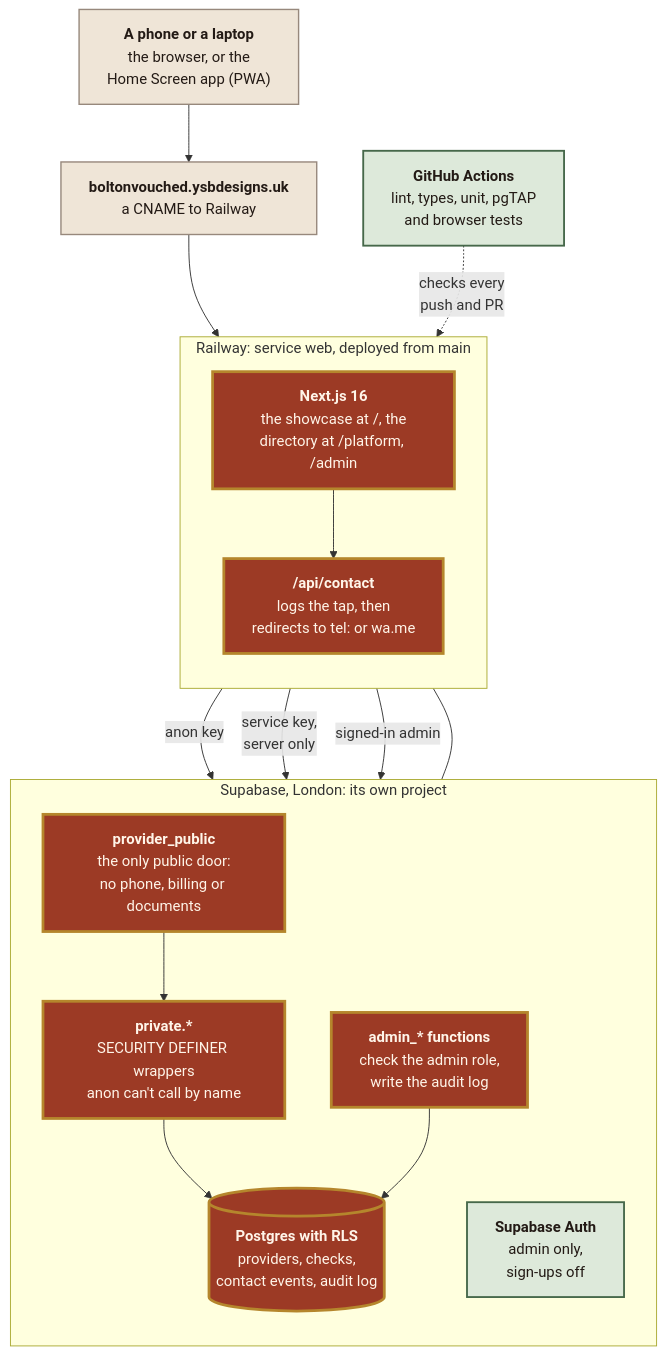
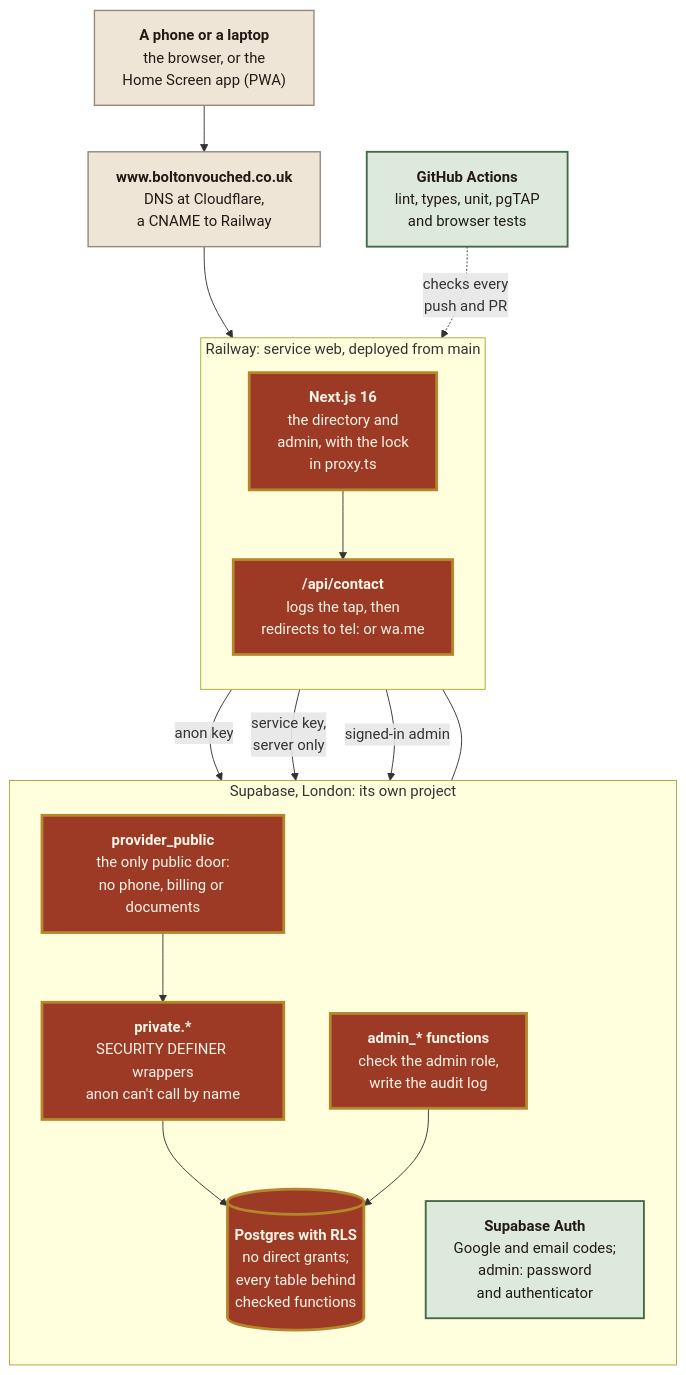
Before and after one commit to yameenbux/Boltontradesmen: the diagram in assets/diagrams/04-architecture.mmd, drawn with Mermaid. The commit also changed 6 other files, not shown here.

```diff
--- a/assets/diagrams/04-architecture.mmd
+++ b/assets/diagrams/04-architecture.mmd
@@ -1,37 +1,37 @@
 flowchart TB
     USER["<b>A phone or a laptop</b><br/>the browser, or the<br/>Home Screen app (PWA)"]
-    DNS["<b>boltonvouched.ysbdesigns.uk</b><br/>a CNAME to Railway"]
+    DNS["<b>www.boltonvouched.co.uk</b><br/>DNS at Cloudflare,<br/>a CNAME to Railway"]
 
     subgraph RAIL["Railway: service web, deployed from main"]
         direction TB
-        NEXT["<b>Next.js 16</b><br/>the showcase at /, the<br/>directory at /platform, /admin"]
+        NEXT["<b>Next.js 16</b><br/>the directory and<br/>admin, with the lock<br/>in proxy.ts"]
         CONTACT["<b>/api/contact</b><br/>logs the tap, then<br/>redirects to tel: or wa.me"]
     end
 
     subgraph SUPA["Supabase, London: its own project"]
         direction TB
         VIEW["<b>provider_public</b><br/>the only public door:<br/>no phone, billing or documents"]
         PRIV["<b>private.*</b><br/>SECURITY DEFINER wrappers<br/>anon can't call by name"]
         ADMIN["<b>admin_* functions</b><br/>check the admin role,<br/>write the audit log"]
-        DB[("<b>Postgres with RLS</b><br/>providers, checks,<br/>contact events, audit log")]
-        AUTH["<b>Supabase Auth</b><br/>admin only,<br/>sign-ups off"]
+        DB[("<b>Postgres with RLS</b><br/>no direct grants;<br/>every table behind<br/>checked functions")]
+        AUTH["<b>Supabase Auth</b><br/>Google and email codes;<br/>admin: password<br/>and authenticator"]
     end
 
     GHA["<b>GitHub Actions</b><br/>lint, types, unit, pgTAP<br/>and browser tests"]
 
     USER --> DNS --> NEXT
     NEXT -->|"anon key"| VIEW
     VIEW --> PRIV --> DB
     NEXT --> CONTACT
     CONTACT -->|"service key,<br/>server only"| DB
     NEXT -->|"signed-in admin"| ADMIN --> DB
     NEXT --- AUTH
     GHA -.->|"checks every<br/>push and PR"| RAIL
 
     classDef core fill:#9C3A25,stroke:#B5862C,stroke-width:3px,color:#FFF5E9
     classDef live fill:#DDE9DA,stroke:#46684A,stroke-width:2px,color:#231A15
     classDef dev fill:#F6EAD0,stroke:#B5862C,stroke-width:2px,stroke-dasharray:6 4,color:#231A15
     classDef ext fill:#EFE5D7,stroke:#97887C,stroke-width:1.5px,color:#231A15
     class NEXT,CONTACT,VIEW,PRIV,ADMIN,DB core
     class AUTH,GHA live
     class USER,DNS ext
```
